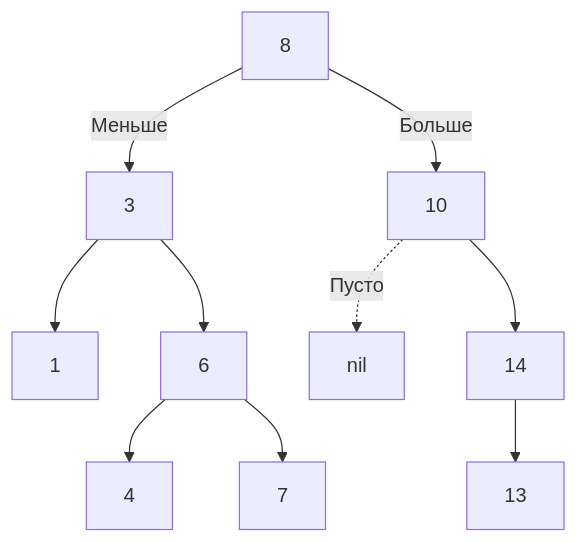
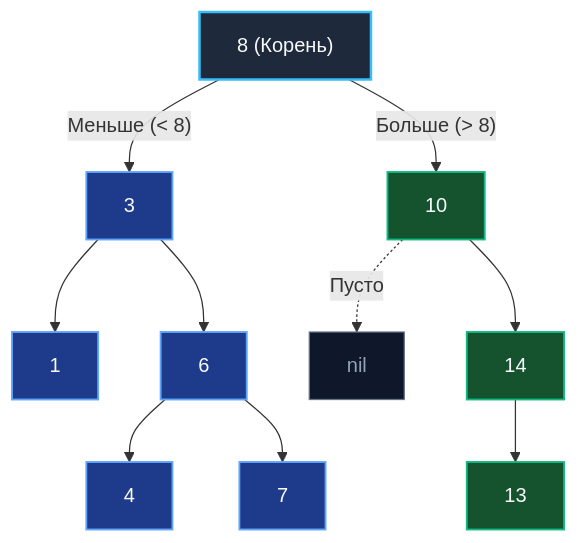
The first of 2 diagrams in sources/20. Алгоритмы и структуры данных (DSA) на Go/04. Деревья. Основы/3. Двоичное дерево поиска.md (UnrealTemplier/go-textbook), drawn with Mermaid before and after one commit. The commit also changed other lines of this file, not shown here.

````diff
--- a/sources/20. Алгоритмы и структуры данных (DSA) на Go/04. Деревья. Основы/3. Двоичное дерево поиска.md
+++ b/sources/20. Алгоритмы и структуры данных (DSA) на Go/04. Деревья. Основы/3. Двоичное дерево поиска.md
@@ -15,12 +16,25 @@
 ```mermaid
 flowchart TD
-    Root["8"] -->|"Меньше"| L["3"]
-    Root -->|"Больше"| R["10"]
+    Root["8 (Корень)"] -->|"Меньше (< 8)"| L["3"]
+    Root -->|"Больше (> 8)"| R["10"]
+
     L --> L_L["1"]
     L --> L_R["6"]
+
     L_R --> L_R_L["4"]
     L_R --> L_R_R["7"]
-    R -.->|"Пусто"| R_L["nil"]
+
+    R -.->|"Пусто"| R_Nil["nil"]
     R --> R_R["14"]
     R_R --> R_R_L["13"]
+
+    classDef rootNode fill:#1e293b,stroke:#38bdf8,stroke-width:2px,color:#f8fafc;
+    classDef leftBranch fill:#1e3a8a,stroke:#60a5fa,stroke-width:1.5px,color:#f8fafc;
+    classDef rightBranch fill:#14532d,stroke:#10b981,stroke-width:1.5px,color:#f8fafc;
+    classDef nilNode fill:#0f172a,stroke:#64748b,stroke-width:1px,color:#94a3b8;
+
+    class Root rootNode;
+    class L,L_L,L_R,L_R_L,L_R_R leftBranch;
+    class R,R_R,R_R_L rightBranch;
+    class R_Nil nilNode;
 ```
````
